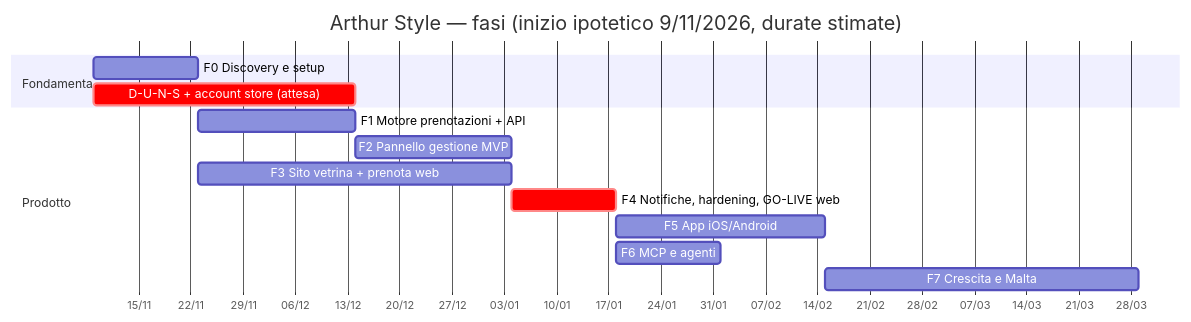
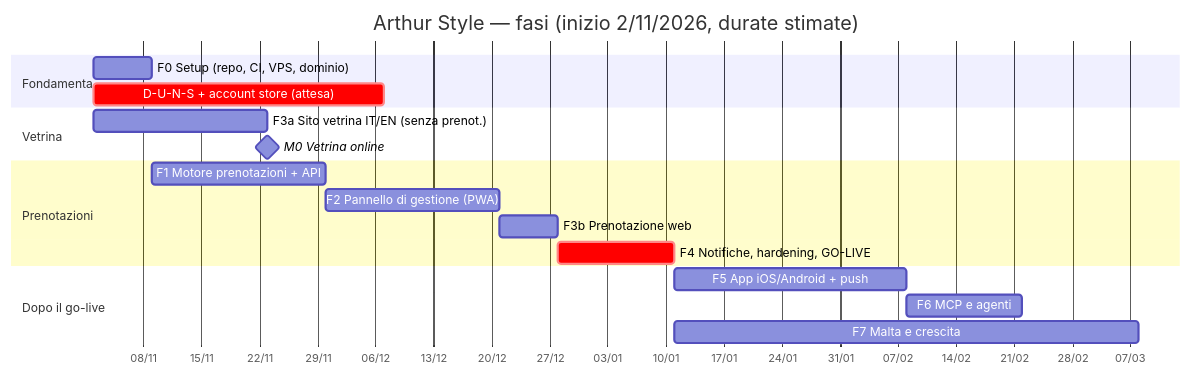
Before and after one commit to TheNemesis47/ArthurStyleHairSPA: the diagram in docs/16-roadmap.md, drawn with Mermaid. The commit also changed other lines of this file and 21 other files, not shown here.

````diff
--- a/docs/16-roadmap.md
+++ b/docs/16-roadmap.md
@@ -8,17 +17,21 @@
 ```mermaid
 gantt
-  title Arthur Style — fasi (inizio ipotetico 9/11/2026, durate stimate)
+  title Arthur Style — fasi (inizio 2/11/2026, durate stimate)
   dateFormat  YYYY-MM-DD
   axisFormat  %d/%m
   section Fondamenta
-  F0 Discovery e setup                 :f0, 2026-11-09, 2w
-  D-U-N-S + account store (attesa)     :crit, dn, 2026-11-09, 5w
-  section Prodotto
-  F1 Motore prenotazioni + API         :f1, after f0, 3w
-  F2 Pannello gestione MVP             :f2, after f1, 3w
-  F3 Sito vetrina + prenota web        :f3, after f0, 6w
-  F4 Notifiche, hardening, GO-LIVE web :crit, f4, after f2, 2w
-  F5 App iOS/Android                   :f5, after f4, 4w
-  F6 MCP e agenti                      :f6, after f4, 2w
-  F7 Crescita e Malta                  :f7, after f5, 6w
+  F0 Setup (repo, CI, VPS, dominio)      :f0, 2026-11-02, 1w
+  D-U-N-S + account store (attesa)       :crit, dn, 2026-11-02, 5w
+  section Vetrina
+  F3a Sito vetrina IT/EN (senza prenot.) :f3a, 2026-11-02, 3w
+  M0 Vetrina online                      :milestone, m0, after f3a, 0d
+  section Prenotazioni
+  F1 Motore prenotazioni + API           :f1, after f0, 3w
+  F2 Pannello di gestione (PWA)          :f2, after f1, 3w
+  F3b Prenotazione web                   :f3b, after f2, 1w
+  F4 Notifiche, hardening, GO-LIVE       :crit, f4, after f3b, 2w
+  section Dopo il go-live
+  F5 App iOS/Android + push              :f5, after f4, 4w
+  F6 MCP e agenti                        :f6, after f5, 2w
+  F7 Malta e crescita                    :f7, after f4, 8w
 ```
````
